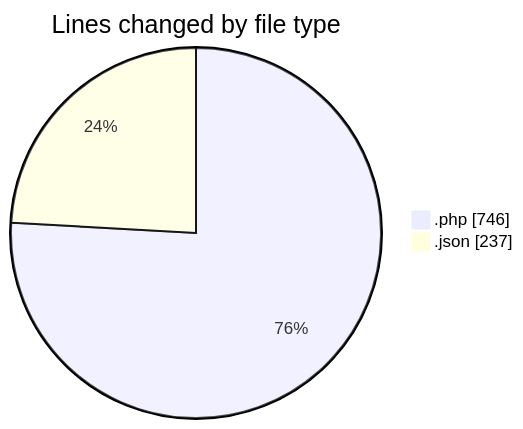
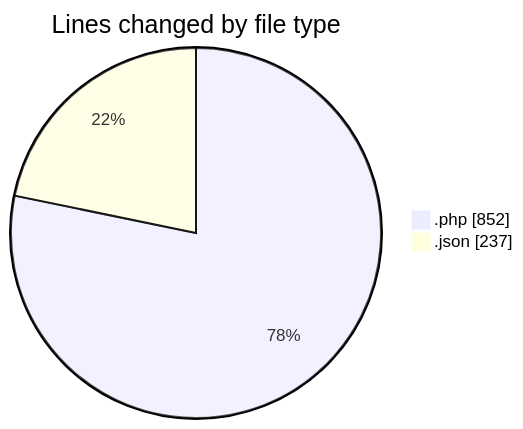
Before and after one commit to idhammustaqopulfikri/code-tracking: the first of 2 diagrams in 2025-05-28/studio-backend/README.md, drawn with Mermaid. The commit also changed other lines of this file and 1 other file, not shown here.

````diff
--- a/2025-05-28/studio-backend/README.md
+++ b/2025-05-28/studio-backend/README.md
@@ -36,6 +36,6 @@
 ```mermaid
 pie showData
 title Lines changed by file type
-".php" : 746
+".php" : 852
 ".json" : 237
 ```
````
